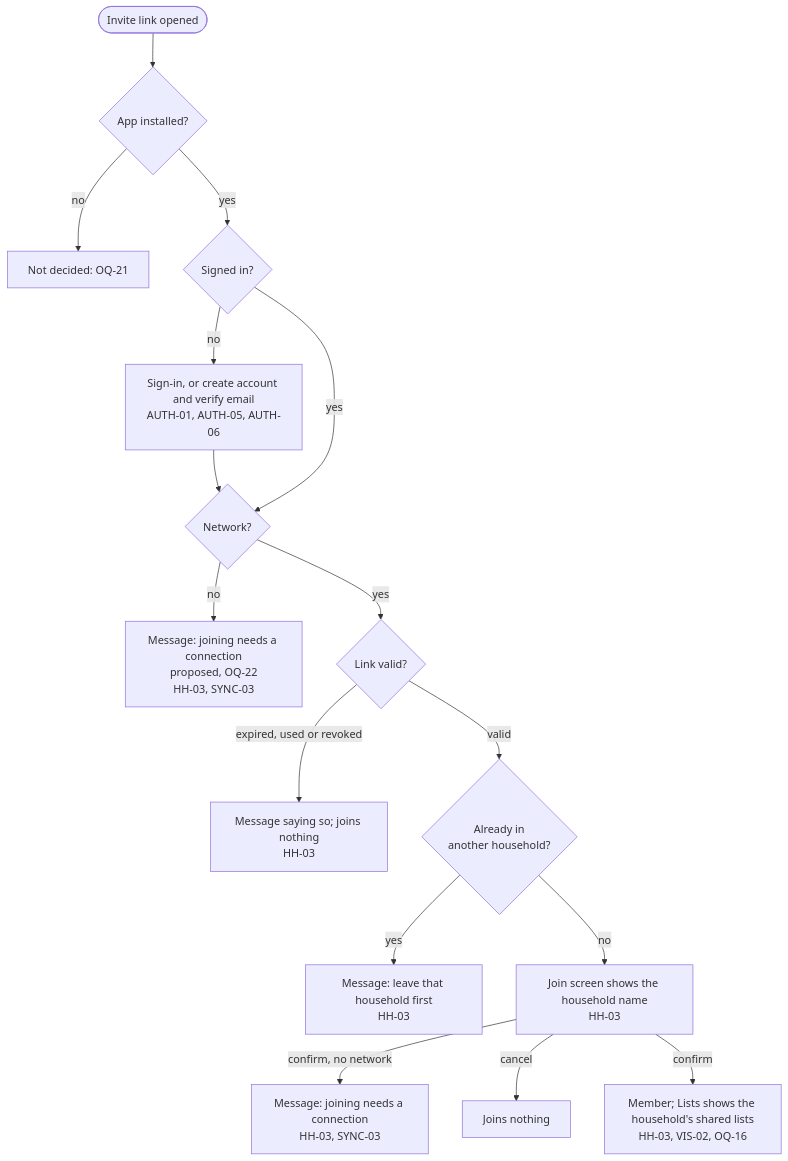
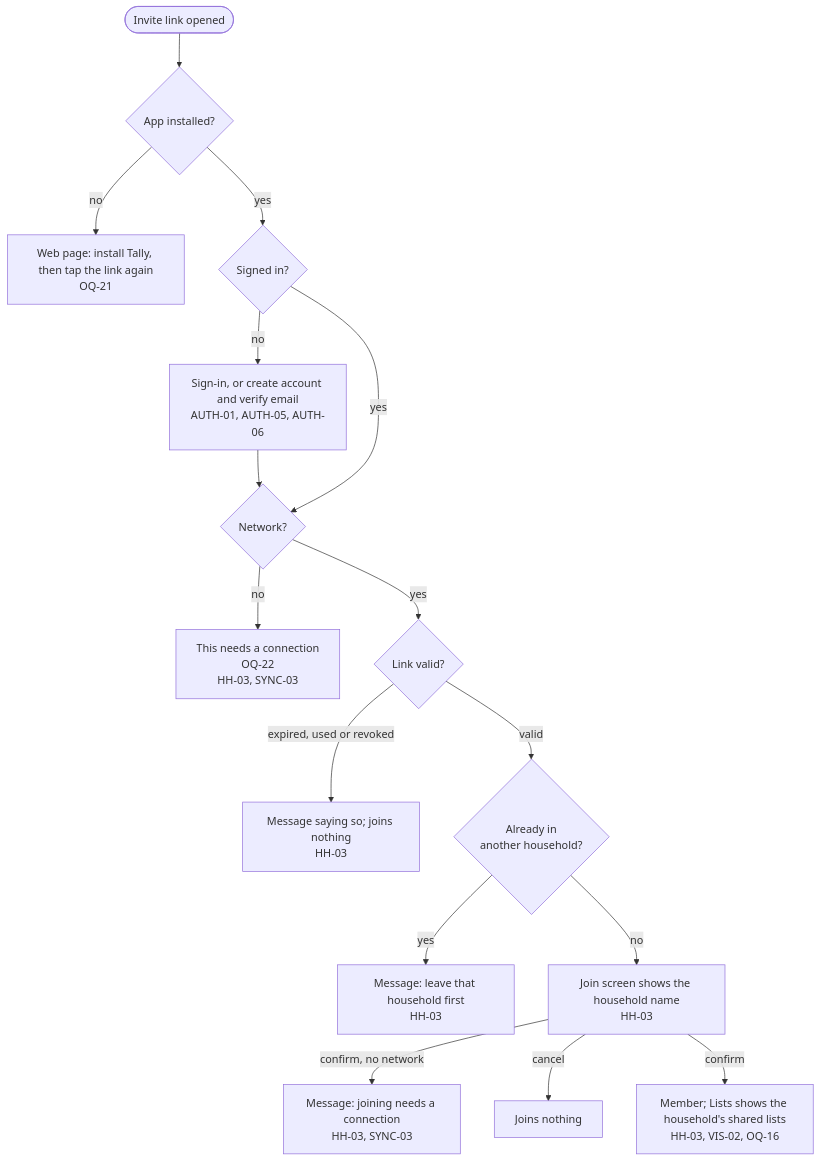
The fifth of 11 diagrams in docs/product/flow.md (bondo/listicles2), drawn with Mermaid before and after one commit. The commit also changed other lines of this file and 1 other file, not shown here.

````diff
--- a/docs/product/flow.md
+++ b/docs/product/flow.md
@@ -137,17 +139,17 @@
 ```mermaid
 flowchart TD
     tap(["Invite link opened"]) --> installed{"App installed?"}
-    installed -- "no" --> store["Not decided: OQ-21"]
+    installed -- "no" --> store["Web page: install Tally, then tap the link again<br>OQ-21"]
     installed -- "yes" --> auth{"Signed in?"}
     auth -- "no" --> si["Sign-in, or create account and verify email<br>AUTH-01, AUTH-05, AUTH-06"] --> net
     auth -- "yes" --> net{"Network?"}
-    net -- "no" --> onet["Message: joining needs a connection<br>proposed, OQ-22<br>HH-03, SYNC-03"]
+    net -- "no" --> onet["This needs a connection<br>OQ-22<br>HH-03, SYNC-03"]
     net -- "yes" --> check{"Link valid?"}
     check -- "expired, used or revoked" --> bad["Message saying so; joins nothing<br>HH-03"]
     check -- "valid" --> other{"Already in<br>another household?"}
     other -- "yes" --> leavefirst["Message: leave that household first<br>HH-03"]
     other -- "no" --> joinscr["Join screen shows the household name<br>HH-03"]
     joinscr -- "confirm, no network" --> jnet["Message: joining needs a connection<br>HH-03, SYNC-03"]
     joinscr -- "cancel" --> nojoin["Joins nothing"]
     joinscr -- "confirm" --> member["Member; Lists shows the household's shared lists<br>HH-03, VIS-02, OQ-16"]
 ```
````
